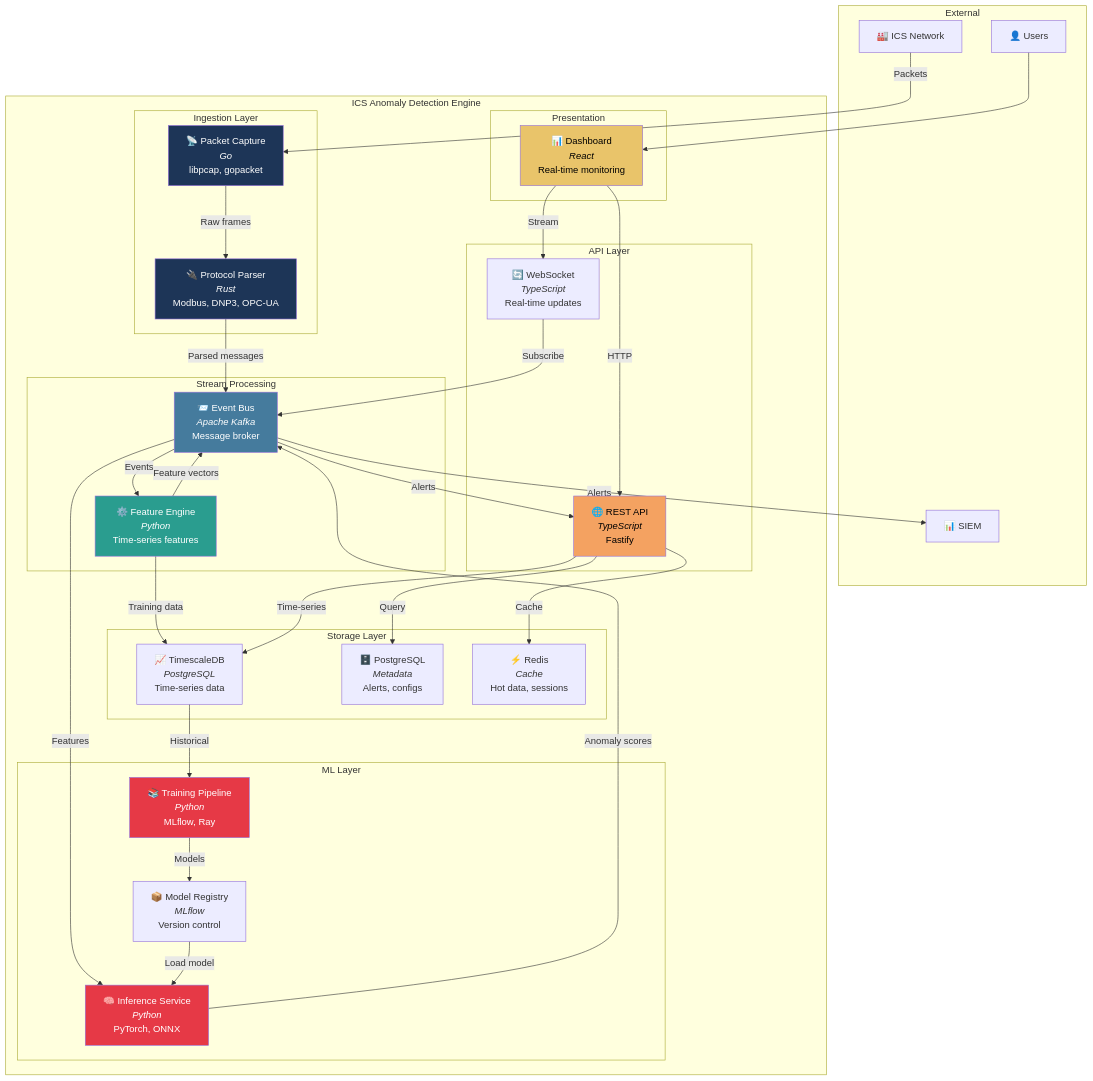
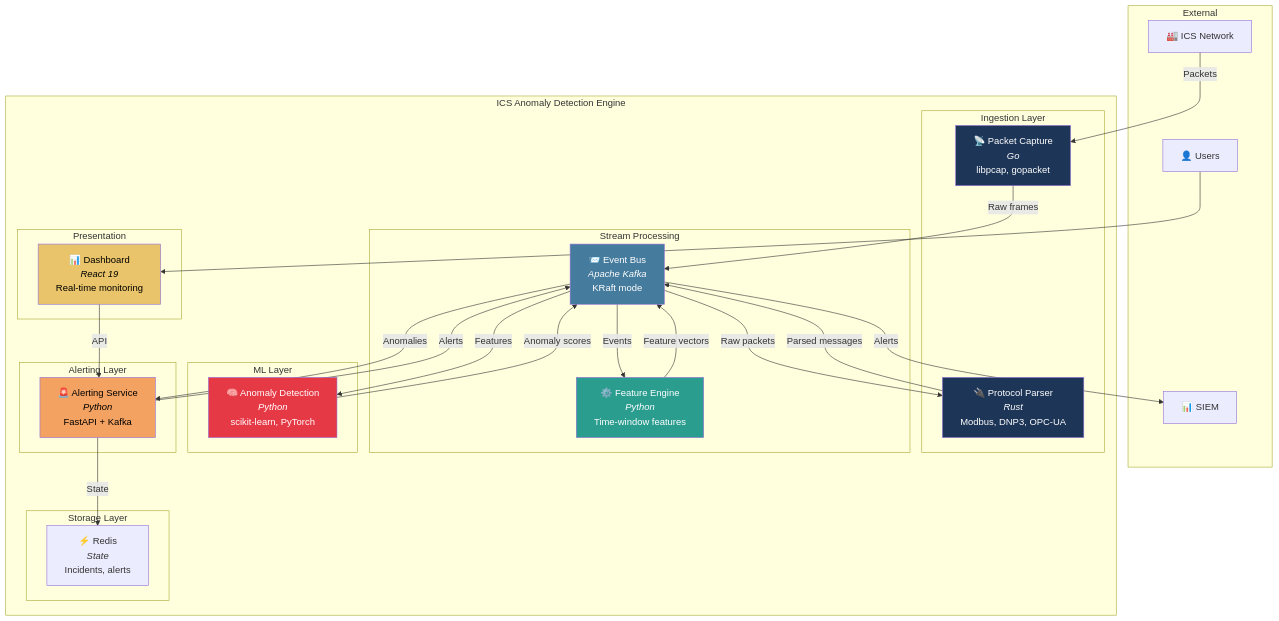
One commit to caverac/ics-anomaly-detection changed the first of 2 diagrams in packages/docs/docs/architecture/containers.md. Above: the diagram before and after it, drawn with Mermaid. The commit also changed other lines of this file and 35 other files, not shown here.

````diff
--- a/packages/docs/docs/architecture/containers.md
+++ b/packages/docs/docs/architecture/containers.md
@@ -11,74 +11,60 @@
 ```mermaid
 flowchart TB
     subgraph External["External"]
         ICS["🏭 ICS Network"]
         SIEM["📊 SIEM"]
         USER["👤 Users"]
     end
 
     subgraph System["ICS Anomaly Detection Engine"]
         subgraph Ingestion["Ingestion Layer"]
             CAP["📡 Packet Capture<br/><i>Go</i><br/>libpcap, gopacket"]
             PARSE["🔌 Protocol Parser<br/><i>Rust</i><br/>Modbus, DNP3, OPC-UA"]
         end
 
         subgraph Stream["Stream Processing"]
-            KAFKA["📨 Event Bus<br/><i>Apache Kafka</i><br/>Message broker"]
-            FEAT["⚙️ Feature Engine<br/><i>Python</i><br/>Time-series features"]
+            KAFKA["📨 Event Bus<br/><i>Apache Kafka</i><br/>KRaft mode"]
+            FEAT["⚙️ Feature Engine<br/><i>Python</i><br/>Time-window features"]
         end
 
         subgraph ML["ML Layer"]
-            INF["🧠 Inference Service<br/><i>Python</i><br/>PyTorch, ONNX"]
-            TRAIN["📚 Training Pipeline<br/><i>Python</i><br/>MLflow, Ray"]
-            MODEL["📦 Model Registry<br/><i>MLflow</i><br/>Version control"]
+            INF["🧠 Anomaly Detection<br/><i>Python</i><br/>scikit-learn, PyTorch"]
         end
 
-        subgraph API["API Layer"]
-            REST["🌐 REST API<br/><i>TypeScript</i><br/>Fastify"]
-            WS["🔄 WebSocket<br/><i>TypeScript</i><br/>Real-time updates"]
+        subgraph Alerting["Alerting Layer"]
+            ALERT["🚨 Alerting Service<br/><i>Python</i><br/>FastAPI + Kafka"]
         end
 
         subgraph Storage["Storage Layer"]
-            TSDB["📈 TimescaleDB<br/><i>PostgreSQL</i><br/>Time-series data"]
-            PG["🗄️ PostgreSQL<br/><i>Metadata</i><br/>Alerts, configs"]
-            REDIS["⚡ Redis<br/><i>Cache</i><br/>Hot data, sessions"]
+            REDIS["⚡ Redis<br/><i>State</i><br/>Incidents, alerts"]
         end
 
         subgraph UI["Presentation"]
-            DASH["📊 Dashboard<br/><i>React</i><br/>Real-time monitoring"]
+            DASH["📊 Dashboard<br/><i>React 19</i><br/>Real-time monitoring"]
         end
     end
 
     ICS -->|"Packets"| CAP
-    CAP -->|"Raw frames"| PARSE
+    CAP -->|"Raw frames"| KAFKA
+    KAFKA -->|"Raw packets"| PARSE
     PARSE -->|"Parsed messages"| KAFKA
     KAFKA -->|"Events"| FEAT
     FEAT -->|"Feature vectors"| KAFKA
     KAFKA -->|"Features"| INF
     INF -->|"Anomaly scores"| KAFKA
-    KAFKA -->|"Alerts"| REST
+    KAFKA -->|"Anomalies"| ALERT
+    ALERT -->|"State"| REDIS
+    ALERT -->|"Alerts"| KAFKA
     KAFKA -->|"Alerts"| SIEM
 
-    FEAT -->|"Training data"| TSDB
-    TSDB -->|"Historical"| TRAIN
-    TRAIN -->|"Models"| MODEL
-    MODEL -->|"Load model"| INF
-
-    REST -->|"Query"| PG
-    REST -->|"Time-series"| TSDB
-    REST -->|"Cache"| REDIS
-
-    WS -->|"Subscribe"| KAFKA
-    DASH -->|"HTTP"| REST
-    DASH -->|"Stream"| WS
+    DASH -->|"API"| ALERT
     USER --> DASH
 
     style CAP fill:#1d3557,color:#fff
     style PARSE fill:#1d3557,color:#fff
     style KAFKA fill:#457b9d,color:#fff
     style FEAT fill:#2a9d8f,color:#fff
     style INF fill:#e63946,color:#fff
-    style TRAIN fill:#e63946,color:#fff
-    style REST fill:#f4a261,color:#000
+    style ALERT fill:#f4a261,color:#000
     style DASH fill:#e9c46a,color:#000
 ```
````
